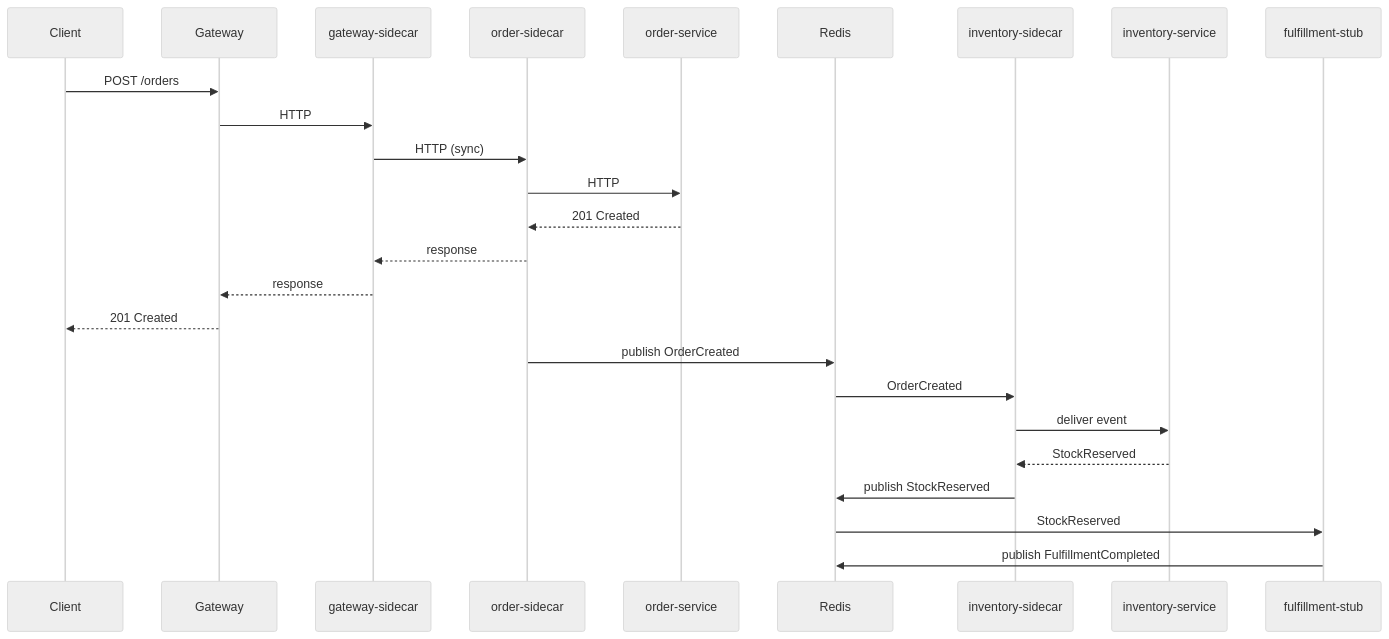
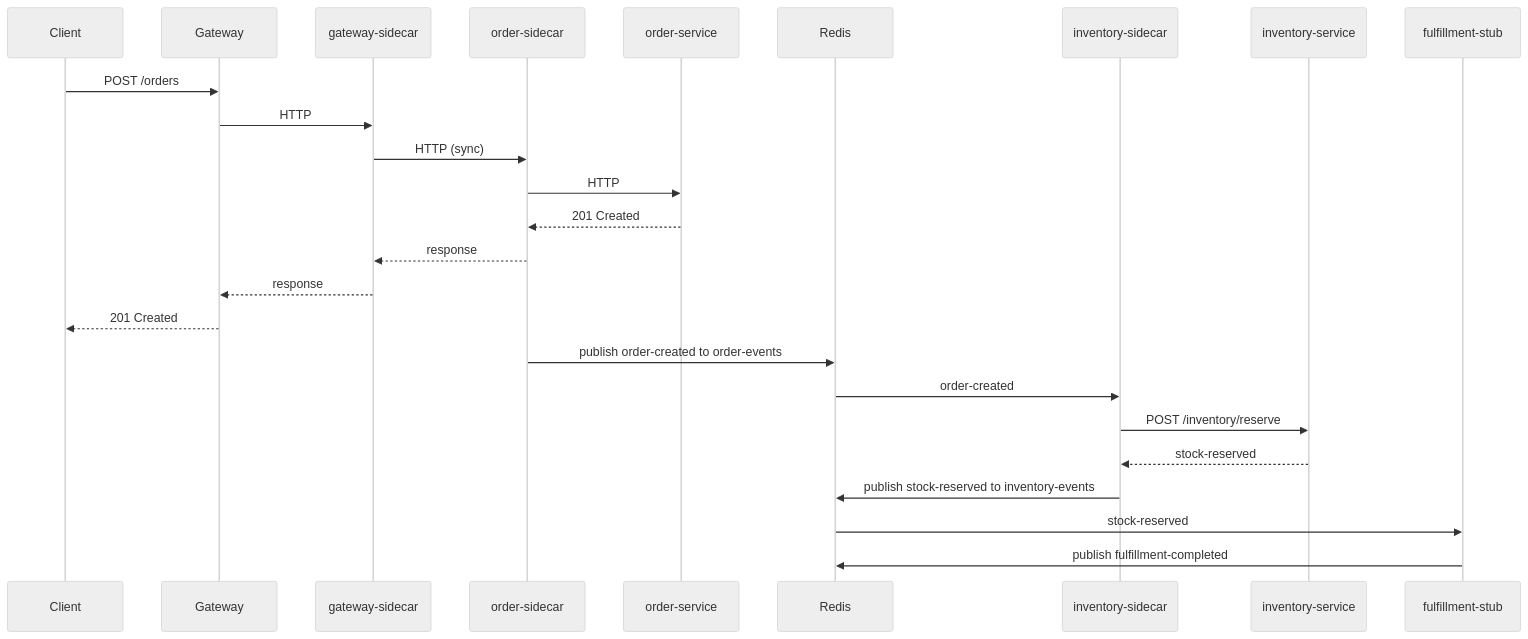
The second of 5 diagrams in examples/README.md (filozofira/spas), drawn with Mermaid (neutral theme) before and after one commit. The commit also changed other lines of this file and 55 other files, not shown here.

````diff
--- a/examples/README.md
+++ b/examples/README.md
@@ -261,29 +282,29 @@
 ```mermaid
 sequenceDiagram
     participant Client
     participant Gateway
     participant GW-Sidecar as gateway-sidecar
     participant Order-Sidecar as order-sidecar
     participant OrderService as order-service
     participant Redis
     participant Inv-Sidecar as inventory-sidecar
     participant InventoryService as inventory-service
     participant Fulfillment as fulfillment-stub
 
     Client->>Gateway: POST /orders
     Gateway->>GW-Sidecar: HTTP
     GW-Sidecar->>Order-Sidecar: HTTP (sync)
     Order-Sidecar->>OrderService: HTTP
     OrderService-->>Order-Sidecar: 201 Created
     Order-Sidecar-->>GW-Sidecar: response
     GW-Sidecar-->>Gateway: response
     Gateway-->>Client: 201 Created
 
-    Order-Sidecar->>Redis: publish OrderCreated
-    Redis->>Inv-Sidecar: OrderCreated
-    Inv-Sidecar->>InventoryService: deliver event
-    InventoryService-->>Inv-Sidecar: StockReserved
-    Inv-Sidecar->>Redis: publish StockReserved
-    Redis->>Fulfillment: StockReserved
-    Fulfillment->>Redis: publish FulfillmentCompleted
+    Order-Sidecar->>Redis: publish order-created to order-events
+    Redis->>Inv-Sidecar: order-created
+    Inv-Sidecar->>InventoryService: POST /inventory/reserve
+    InventoryService-->>Inv-Sidecar: stock-reserved
+    Inv-Sidecar->>Redis: publish stock-reserved to inventory-events
+    Redis->>Fulfillment: stock-reserved
+    Fulfillment->>Redis: publish fulfillment-completed
 ```
````
